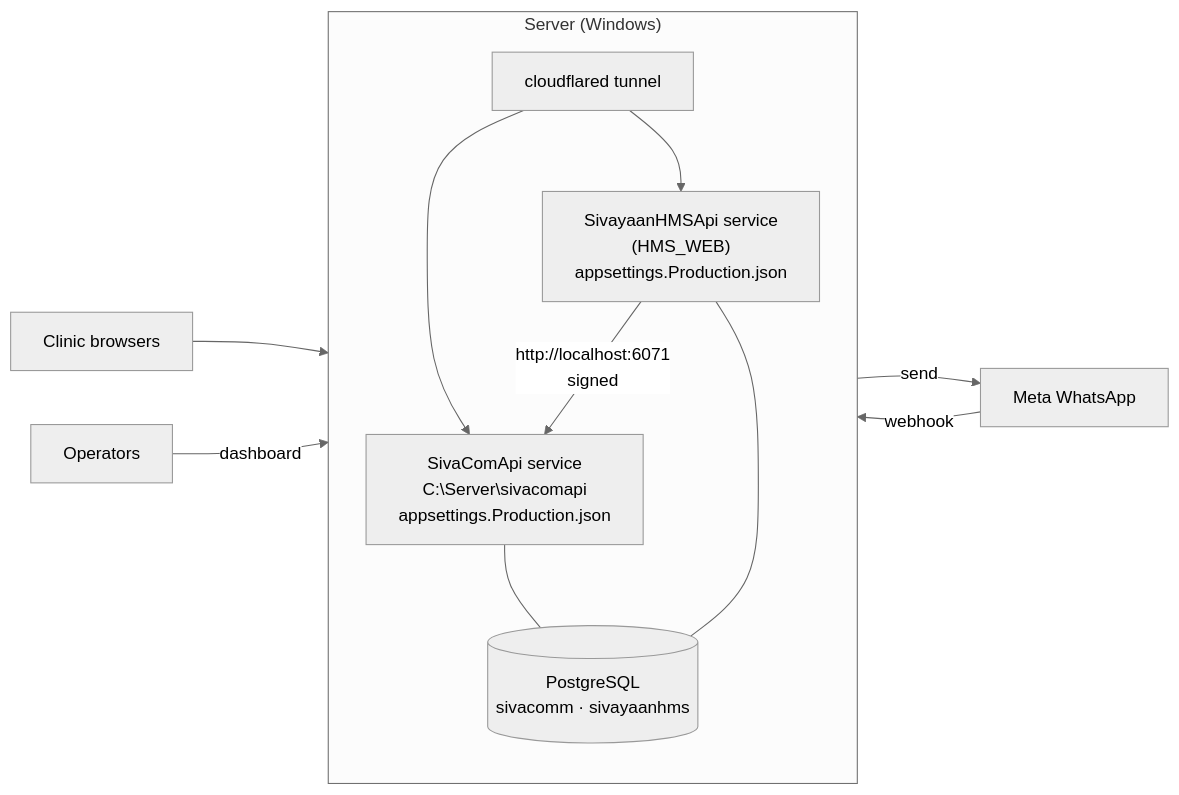
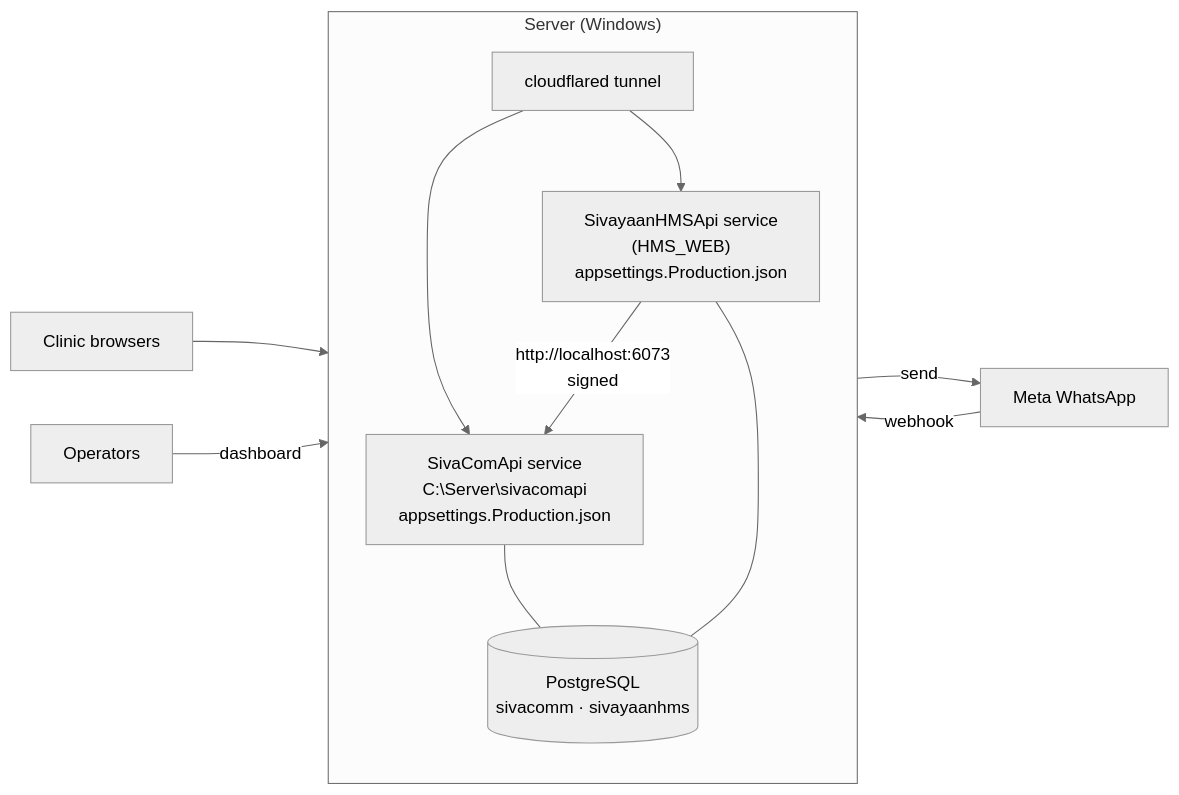
One commit to yugandharsimhadri/SivaComm changed the first of 2 diagrams in docs/DEPLOYMENT.md. Above: the diagram before and after it, drawn with Mermaid (neutral theme). The commit also changed other lines of this file and 6 other files, not shown here.

````diff
--- a/docs/DEPLOYMENT.md
+++ b/docs/DEPLOYMENT.md
@@ -38,19 +38,19 @@
 ```mermaid
 flowchart LR
     subgraph "Server (Windows)"
         direction TB
         PG[(PostgreSQL<br/>sivacomm · sivayaanhms)]
         SC["SivaComApi service<br/>C:\Server\sivacomapi<br/>appsettings.Production.json"]
         HM["SivayaanHMSApi service<br/>(HMS_WEB)<br/>appsettings.Production.json"]
         CF[cloudflared tunnel]
-        HM -- "http://localhost:6071<br/>signed" --> SC
+        HM -- "http://localhost:6073<br/>signed" --> SC
         SC --- PG
         HM --- PG
         CF --> SC
         CF --> HM
     end
     Meta[Meta WhatsApp] -- webhook --> CF
     SC -- send --> Meta
     Users[Clinic browsers] --> CF
     Ops[Operators] -- dashboard --> CF
 ```
````
